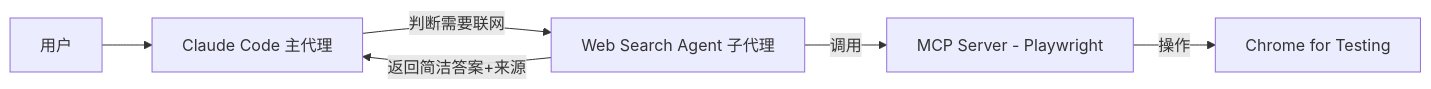
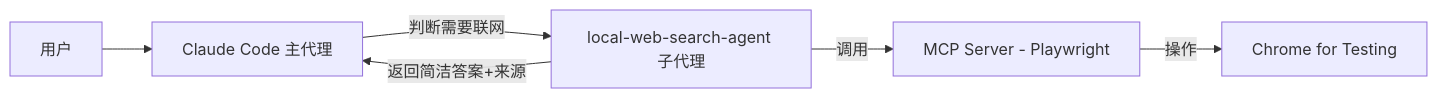
The diagram in 项目开发指南.md (WaynePluto/local-web-search-agent), drawn with Mermaid before and after one commit. The commit also changed other lines of this file and 5 other files, not shown here.

````diff
--- a/项目开发指南.md
+++ b/项目开发指南.md
@@ -9,8 +9,8 @@
 ```mermaid
 flowchart LR
     U[用户] --> CC[Claude Code 主代理]
-    CC -->|判断需要联网| SA[Web Search Agent 子代理]
+   CC -->|判断需要联网| SA[local-web-search-agent 子代理]
     SA -->|调用| MCP[MCP Server - Playwright]
     MCP -->|操作| C4T[Chrome for Testing]
     SA -->|返回简洁答案+来源| CC
 ```
````
